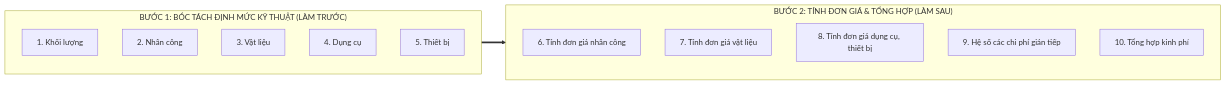
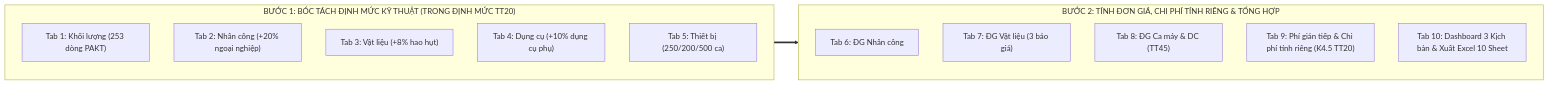
The third of 3 diagrams in PLAN_DU_AN.md (nguyenhieuanhspkt/DuToanMoiTruongApp-), drawn with Mermaid before and after one commit. The commit also changed other lines of this file and 2 other files, not shown here.

````diff
--- a/PLAN_DU_AN.md
+++ b/PLAN_DU_AN.md
@@ -208,20 +293,20 @@
 ```mermaid
 flowchart LR
-    subgraph P1["BƯỚC 1: BÓC TÁCH ĐỊNH MỨC KỸ THUẬT (LÀM TRƯỚC)"]
-        T1["1. Khối lượng"]
-        T2["2. Nhân công"]
-        T3["3. Vật liệu"]
-        T4["4. Dụng cụ"]
-        T5["5. Thiết bị"]
+    subgraph P1["BƯỚC 1: BÓC TÁCH ĐỊNH MỨC KỸ THUẬT (TRONG ĐỊNH MỨC TT20)"]
+        T1["Tab 1: Khối lượng (253 dòng PAKT)"]
+        T2["Tab 2: Nhân công (+20% ngoại nghiệp)"]
+        T3["Tab 3: Vật liệu (+8% hao hụt)"]
+        T4["Tab 4: Dụng cụ (+10% dụng cụ phụ)"]
+        T5["Tab 5: Thiết bị (250/200/500 ca)"]
     end
 
-    subgraph P2["BƯỚC 2: TÍNH ĐƠN GIÁ & TỔNG HỢP (LÀM SAU)"]
-        T6["6. Tính đơn giá nhân công"]
-        T7["7. Tính đơn giá vật liệu"]
-        T8["8. Tính đơn giá dụng cụ, thiết bị"]
-        T9["9. Hệ số các chi phí gián tiếp"]
-        T10["10. Tổng hợp kinh phí"]
+    subgraph P2["BƯỚC 2: TÍNH ĐƠN GIÁ, CHI PHÍ TÍNH RIÊNG & TỔNG HỢP"]
+        T6["Tab 6: ĐG Nhân công"]
+        T7["Tab 7: ĐG Vật liệu (3 báo giá)"]
+        T8["Tab 8: ĐG Ca máy & DC (TT45)"]
+        T9["Tab 9: Phí gián tiếp & Chi phí tính riêng (K4.5 TT20)"]
+        T10["Tab 10: Dashboard 3 Kịch bản & Xuất Excel 10 Sheet"]
     end
 
     P1 ==> P2
 ```
````
